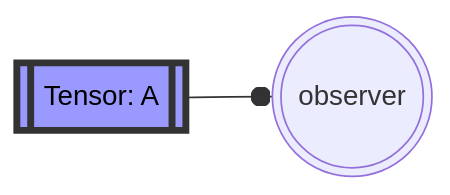
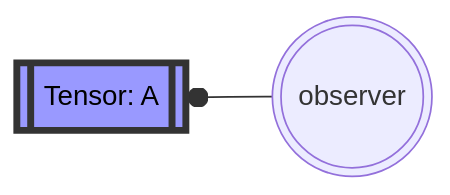
The first of 5 diagrams in java/src/main/java/loom/expressions/README.md (crutcher/tapestry), drawn with Mermaid before and after one commit. The commit also changed other lines of this file, not shown here.

````diff
--- a/java/src/main/java/loom/expressions/README.md
+++ b/java/src/main/java/loom/expressions/README.md
@@ -19,11 +21,11 @@
 ```mermaid
-flowchart LR
+flowchart RL
   classDef tensorValue fill:#99f,stroke:#333,stroke-width:4px,color:#000;
   
   A[["Tensor: A"]];
   class A tensorValue;
   
   obs(((observer)));
-  A --o obs;
+  obs --o A;
   
 ```
````
